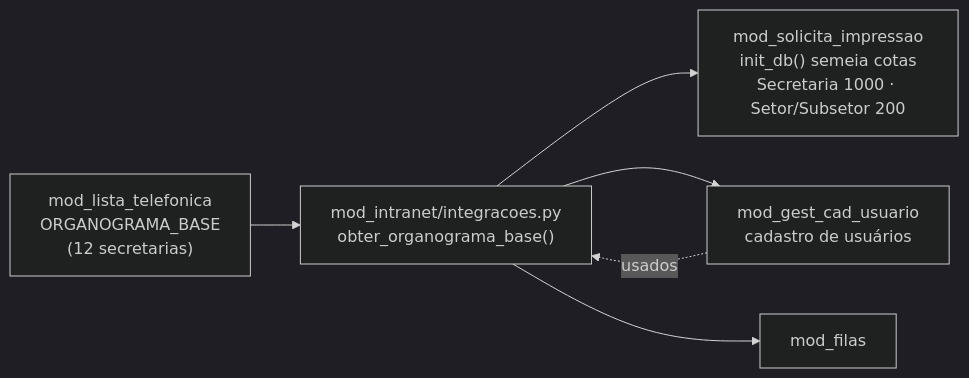
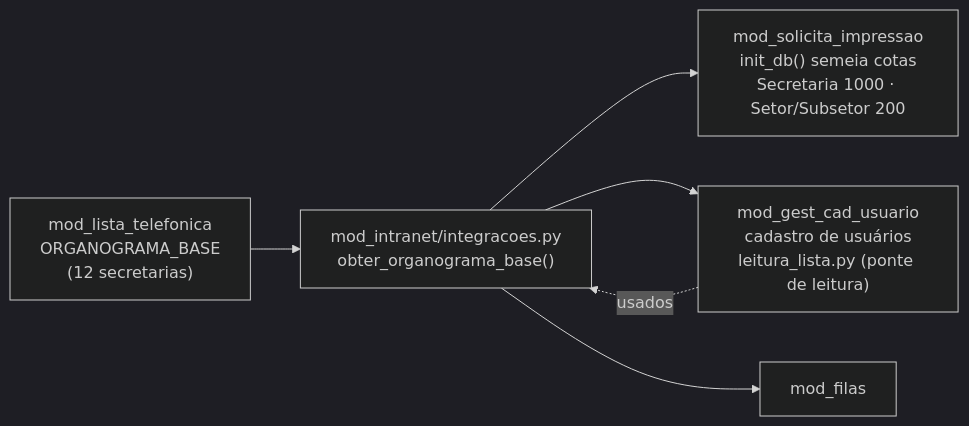
The diagram in docs/analise_mod_lista_telefonica.md (klaytonPrinceMS/intranet), drawn with Mermaid (dark theme) before and after one commit. The commit also changed other lines of this file and 33 other files, not shown here.

````diff
--- a/docs/analise_mod_lista_telefonica.md
+++ b/docs/analise_mod_lista_telefonica.md
@@ -177,14 +250,14 @@
 ```mermaid
 graph LR
   LT["mod_lista_telefonica<br/>ORGANOGRAMA_BASE<br/>(12 secretarias)"]
   NUC["mod_intranet/integracoes.py<br/>obter_organograma_base()"]
   SI["mod_solicita_impressao<br/>init_db() semeia cotas<br/>Secretaria 1000 · Setor/Subsetor 200"]
-  GEST["mod_gest_cad_usuario<br/>cadastro de usuários"]
+  GEST["mod_gest_cad_usuario<br/>cadastro de usuários<br/>leitura_lista.py (ponte de leitura)"]
   F["mod_filas"]
 
   LT --> NUC
   NUC --> SI
   NUC --> GEST
   NUC --> F
   GEST -.->|usados| NUC
 ```
````
